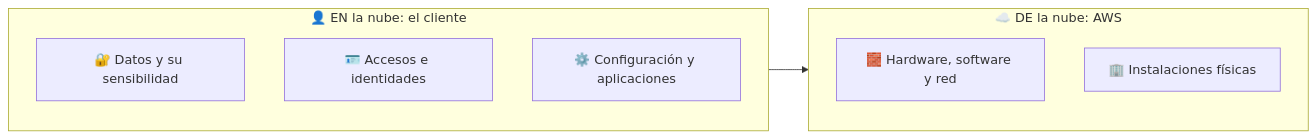
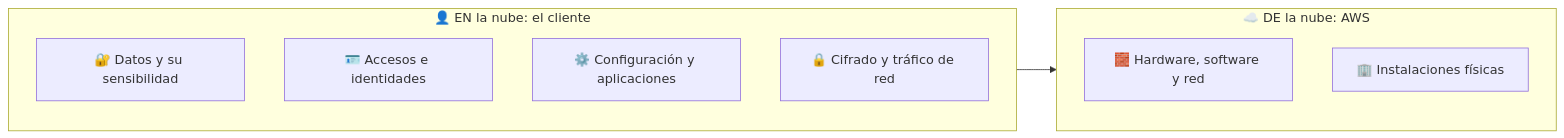
One commit to monghithub/certificaciones changed the fifth of 7 diagrams in cursos/aif-c01/modulos/00-base-aws/README.md. Above: the diagram before and after it, drawn with Mermaid. The commit also changed other lines of this file and 7 other files, not shown here.

````diff
--- a/cursos/aif-c01/modulos/00-base-aws/README.md
+++ b/cursos/aif-c01/modulos/00-base-aws/README.md
@@ -159,17 +300,18 @@
 ```mermaid
 flowchart LR
     subgraph Cliente["👤 EN la nube: el cliente"]
         direction TB
         D["🔐 Datos y su sensibilidad"]
         A["🪪 Accesos e identidades"]
         C["⚙️ Configuración y aplicaciones"]
+        K["🔒 Cifrado y tráfico de red"]
     end
     subgraph AWS["☁️ DE la nube: AWS"]
         direction TB
         I["🧱 Hardware, software y red"]
         F["🏢 Instalaciones físicas"]
     end
     Cliente --> AWS
-    class D,A,C proceso
+    class D,A,C,K proceso
     class I,F servicio
 ```
````
